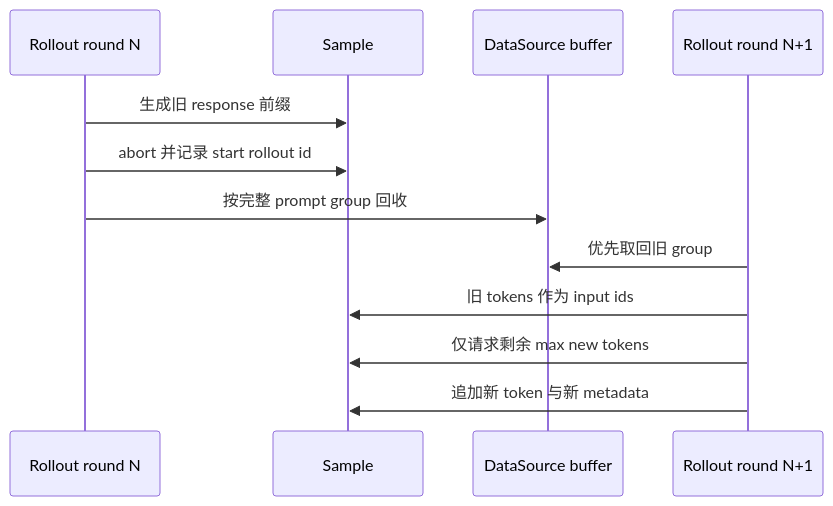
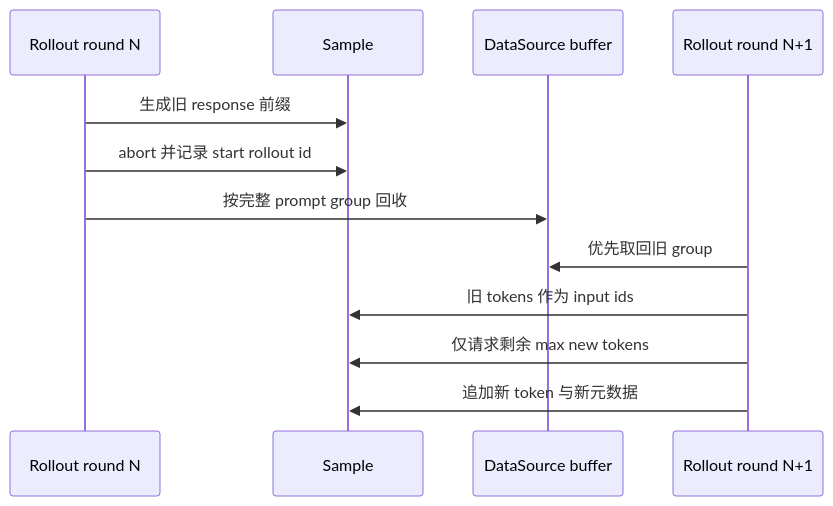
Before and after one commit to suhaibo666/llm-knowledge: the second of 2 diagrams in wiki/02_engineering/04_posttrain_frameworks/slime/12_slime_sample_datasource_analysis.md, drawn with Mermaid. The commit also changed other lines of this file and 21 other files, not shown here.

````diff
--- a/wiki/02_engineering/04_posttrain_frameworks/slime/12_slime_sample_datasource_analysis.md
+++ b/wiki/02_engineering/04_posttrain_frameworks/slime/12_slime_sample_datasource_analysis.md
@@ -124,14 +124,14 @@
 ```mermaid
 sequenceDiagram
     participant R as Rollout round N
     participant S as Sample
     participant B as DataSource buffer
     participant N as Rollout round N+1
     R->>S: 生成旧 response 前缀
     R->>S: abort 并记录 start rollout id
     R->>B: 按完整 prompt group 回收
     N->>B: 优先取回旧 group
     N->>S: 旧 tokens 作为 input ids
     N->>S: 仅请求剩余 max new tokens
-    N->>S: 追加新 token 与新 metadata
+    N->>S: 追加新 token 与新元数据
 ```
````
